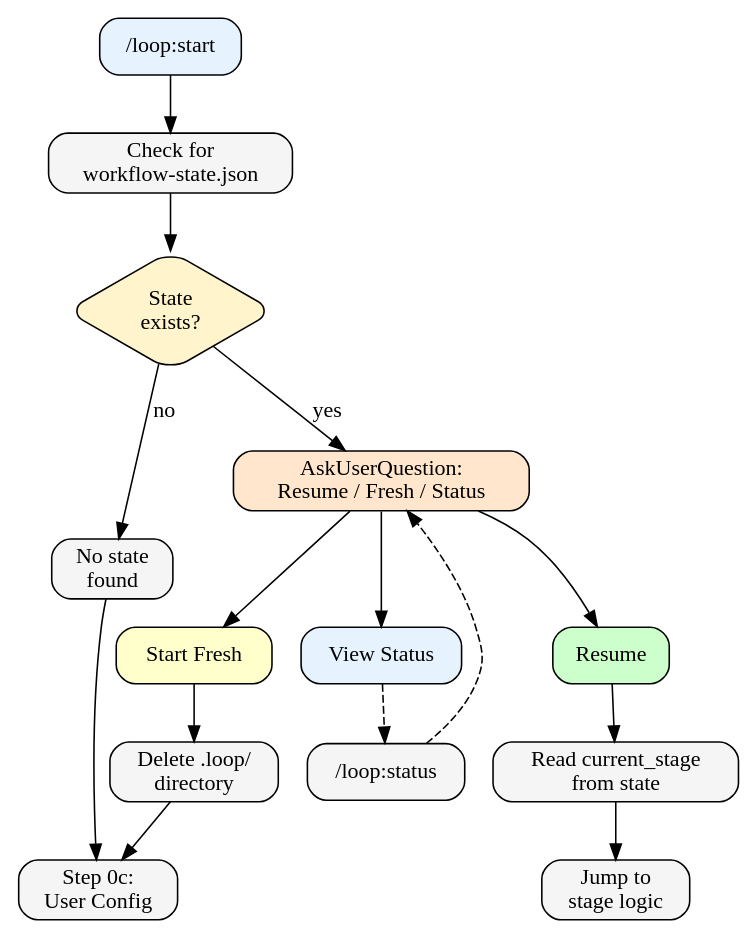
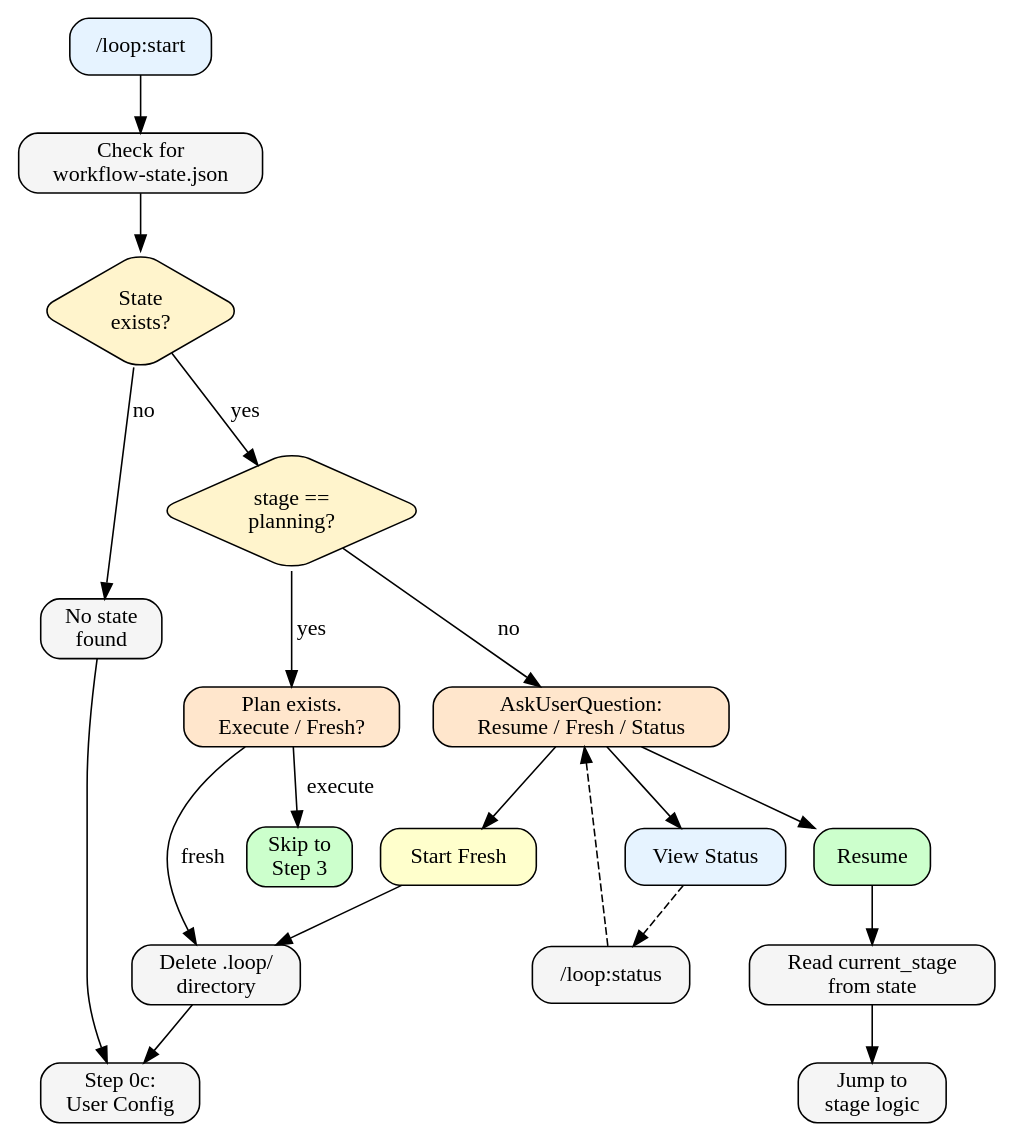
One commit to saadshahd/moo.md changed the first of 2 diagrams in loop/skills/start/SKILL.md. Above: the diagram before and after it, drawn with Graphviz. The commit also changed other lines of this file and 11 other files, not shown here.

````diff
--- a/loop/skills/start/SKILL.md
+++ b/loop/skills/start/SKILL.md
@@ -51,35 +54,43 @@
 ```dot
 digraph ResumeDecision {
   rankdir=TB
   node [shape=box, style="rounded,filled", fillcolor="#f5f5f5"]
 
   Start [label="/loop:start", fillcolor="#e6f3ff"]
   Check [label="Check for\nworkflow-state.json"]
   Exists [label="State\nexists?", shape=diamond, fillcolor="#fff4cc"]
   NoState [label="No state\nfound"]
+  PlanCheck [label="stage ==\nplanning?", shape=diamond, fillcolor="#fff4cc"]
+  PlanAsk [label="Plan exists.\nExecute / Fresh?", fillcolor="#ffe6cc"]
+  SkipToDecompose [label="Skip to\nStep 3", fillcolor="#ccffcc"]
   Ask [label="AskUserQuestion:\nResume / Fresh / Status", fillcolor="#ffe6cc"]
 
   Resume [label="Resume", fillcolor="#ccffcc"]
   Fresh [label="Start Fresh", fillcolor="#ffffcc"]
   Status [label="View Status", fillcolor="#e6f3ff"]
 
   ReadStage [label="Read current_stage\nfrom state"]
   SkipTo [label="Jump to\nstage logic"]
   Delete [label="Delete .loop/\ndirectory"]
   ShowStatus [label="/loop:status"]
   Config [label="Step 0c:\nUser Config"]
 
   Start -> Check -> Exists
-  Exists -> Ask [label="yes"]
+  Exists -> PlanCheck [label="yes"]
   Exists -> NoState [label="no"]
   NoState -> Config
+
+  PlanCheck -> PlanAsk [label="yes"]
+  PlanCheck -> Ask [label="no"]
+  PlanAsk -> SkipToDecompose [label="execute"]
+  PlanAsk -> Delete [label="fresh"]
 
   Ask -> Resume
   Ask -> Fresh
   Ask -> Status
 
   Resume -> ReadStage -> SkipTo
   Fresh -> Delete -> Config
   Status -> ShowStatus -> Ask [style=dashed]
 }
 ```
````
